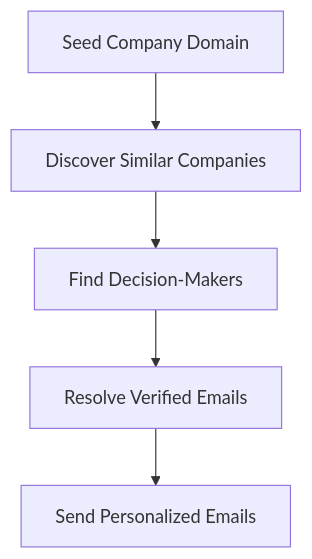
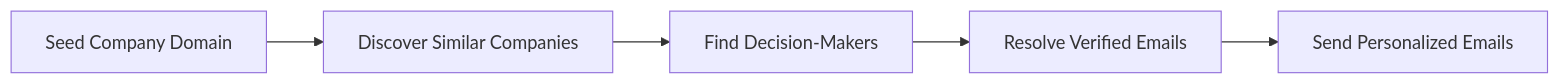
The diagram in README.md (Shryansh107/Relay), drawn with Mermaid before and after one commit.

````diff
--- a/README.md
+++ b/README.md
@@ -9,7 +9,7 @@
 ```mermaid
-flowchart TD
+flowchart LR
     A[Seed Company Domain] --> B[Discover Similar Companies]
     B --> C[Find Decision-Makers]
     C --> D[Resolve Verified Emails]
     D --> E[Send Personalized Emails]
 ```
````
